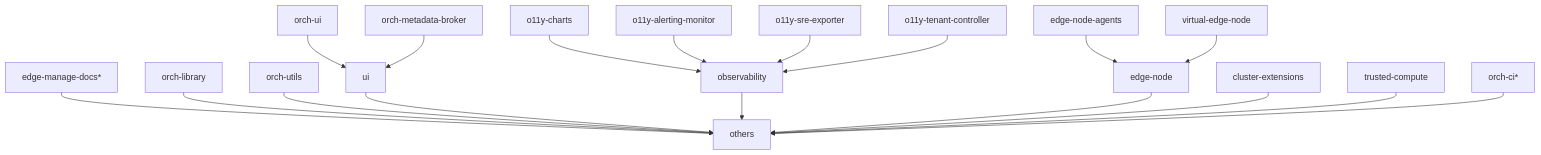
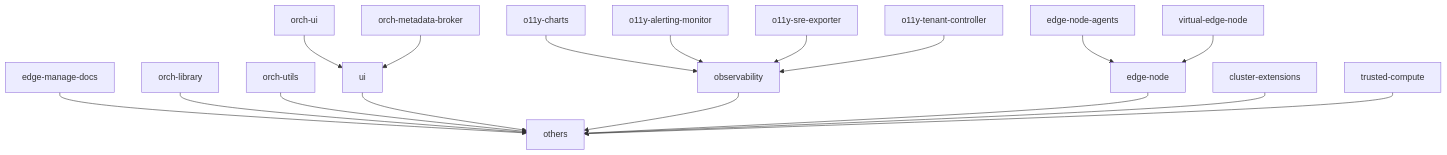
The fourth of 6 diagrams in design-proposals/repository-consolidation.md (open-edge-platform/edge-manageability-framework), drawn with Mermaid before and after one commit. The commit also changed other lines of this file, not shown here.

````diff
--- a/design-proposals/repository-consolidation.md
+++ b/design-proposals/repository-consolidation.md
@@ -117,20 +117,19 @@
 ```mermaid
 flowchart
-    edge-manage-docs* --> others
+    edge-manage-docs --> others
     orch-library --> others
     orch-utils --> others
     orch-ui --> ui
     orch-metadata-broker --> ui
     ui --> others
     o11y-charts --> observability
     o11y-alerting-monitor --> observability
     o11y-sre-exporter --> observability
     o11y-tenant-controller --> observability
     observability --> others
     edge-node-agents --> edge-node
     virtual-edge-node --> edge-node
     edge-node --> others
     cluster-extensions --> others
     trusted-compute --> others
-    orch-ci* --> others
 ```
````
